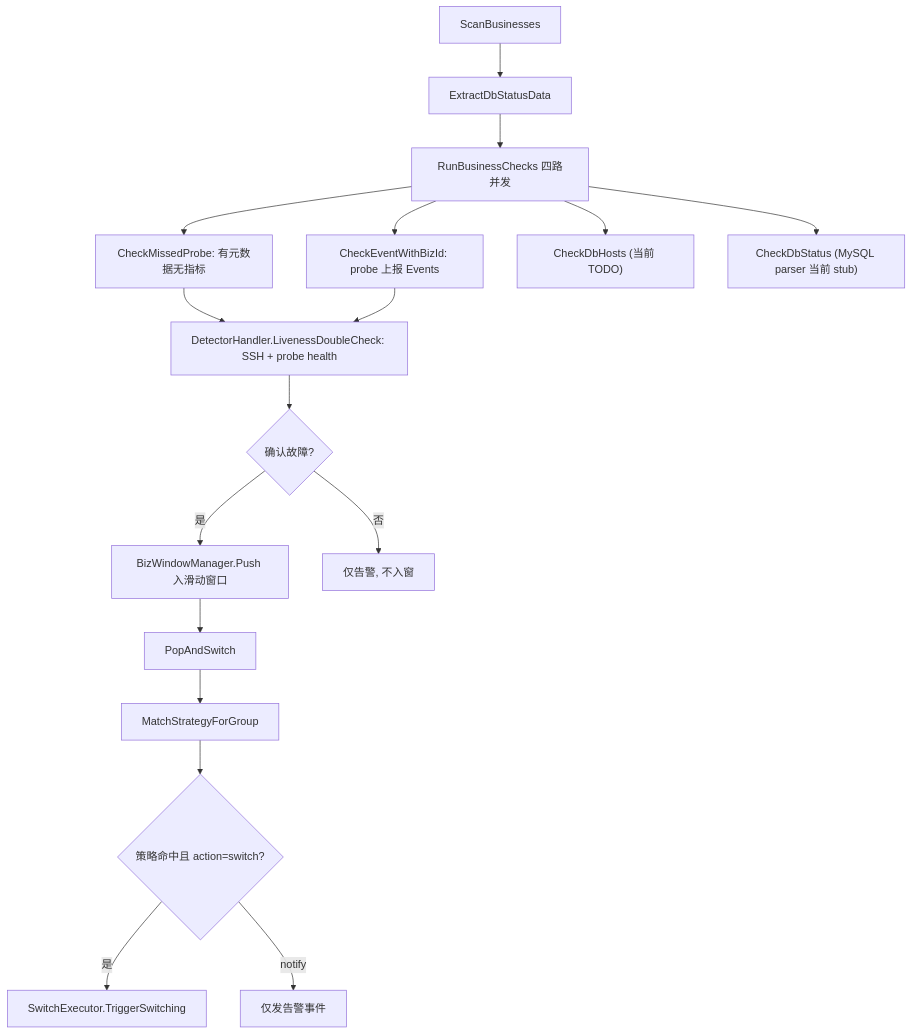
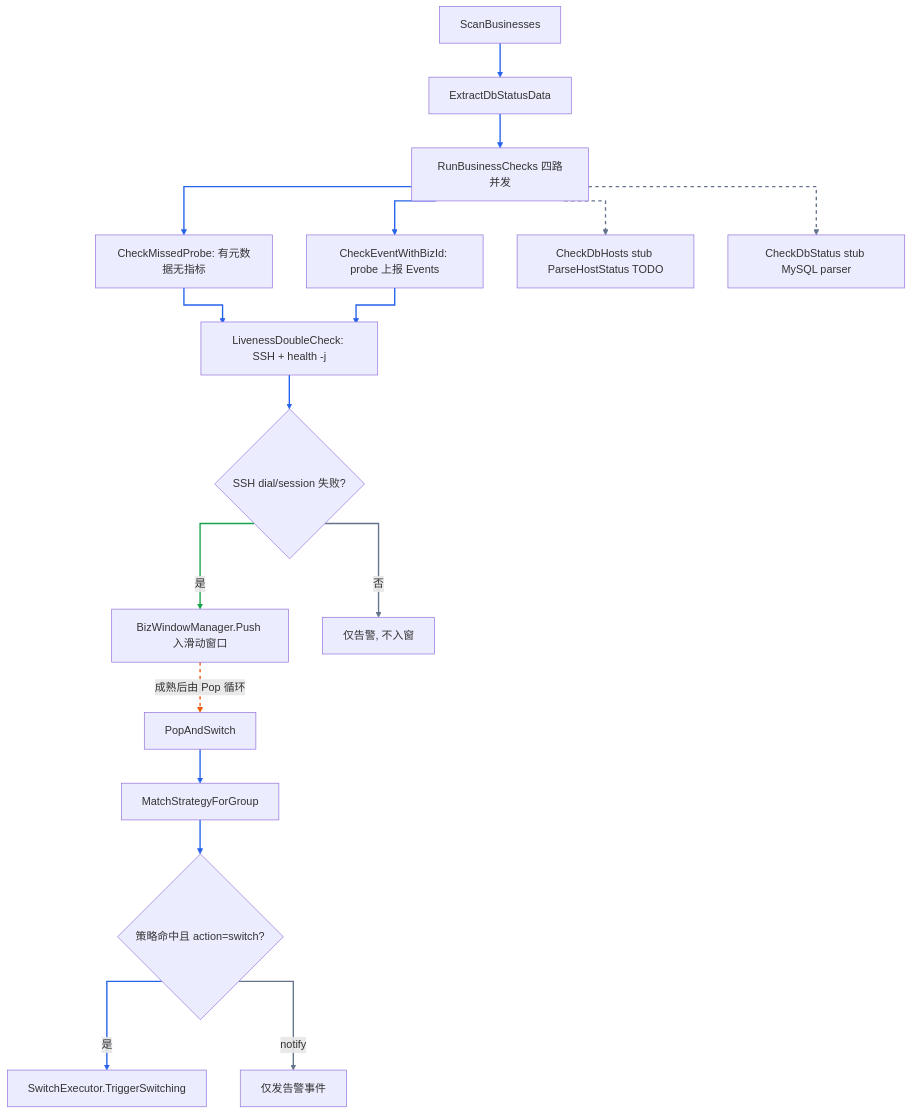
The second of 2 diagrams in dbm-services/common/dbha-v2/docs/detection/detection-doc-index.md (TencentBlueKing/blueking-dbm), drawn with Mermaid before and after one commit. The commit also changed other lines of this file and 8 other files, not shown here.

Commit message:
docs(dbha-v2): refine enter-window docs and Mermaid flowcharts. issue: #19000

````diff
--- a/dbm-services/common/dbha-v2/docs/detection/detection-doc-index.md
+++ b/dbm-services/common/dbha-v2/docs/detection/detection-doc-index.md
@@ -94,19 +71,30 @@
 ```mermaid
+---
+config:
+  flowchart:
+    curve: stepAfter
+---
 flowchart TD
   scan["ScanBusinesses"] --> extract["ExtractDbStatusData"]
   extract --> checks["RunBusinessChecks 四路并发"]
   checks --> missed["CheckMissedProbe: 有元数据无指标"]
   checks --> eventc["CheckEventWithBizId: probe 上报 Events"]
-  checks --> hosts["CheckDbHosts (当前 TODO)"]
-  checks --> status["CheckDbStatus (MySQL parser 当前 stub)"]
-  missed --> ssh["DetectorHandler.LivenessDoubleCheck: SSH + probe health"]
+  checks --> hosts["CheckDbHosts stub ParseHostStatus TODO"]
+  checks --> status["CheckDbStatus stub MySQL parser"]
+  missed --> ssh["LivenessDoubleCheck: SSH + health -j"]
   eventc --> ssh
-  ssh --> confirm{"确认故障?"}
+  ssh --> confirm{"SSH dial/session 失败?"}
   confirm -->|"是"| push["BizWindowManager.Push 入滑动窗口"]
   confirm -->|"否"| alarmonly["仅告警, 不入窗"]
-  push --> pop["PopAndSwitch"]
+  push -.->|"成熟后由 Pop 循环"| pop["PopAndSwitch"]
   pop --> match["MatchStrategyForGroup"]
   match --> hit{"策略命中且 action=switch?"}
   hit -->|"是"| trigger["SwitchExecutor.TriggerSwitching"]
   hit -->|"notify"| notify["仅发告警事件"]
+
+  linkStyle 0,1,2,3,6,7,8,12,13,14 stroke:#2563eb,stroke-width:2px
+  linkStyle 4,5 stroke:#64748b,stroke-width:2px,stroke-dasharray:5
+  linkStyle 9 stroke:#16a34a,stroke-width:2px
+  linkStyle 10,15 stroke:#64748b,stroke-width:2px
+  linkStyle 11 stroke:#ea580c,stroke-width:2px,stroke-dasharray:5
 ```
````
